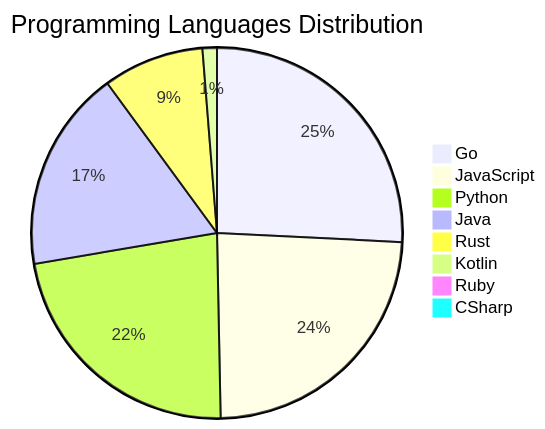
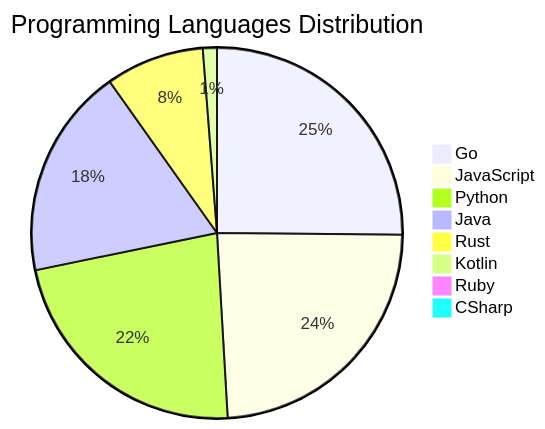
One commit to Derrick-MUGISHA/github-activity-bot changed the diagram in README.md. Above: the diagram before and after it, drawn with Mermaid. The commit also changed other lines of this file and 4 other files, not shown here.

````diff
--- a/README.md
+++ b/README.md
@@ -209,11 +209,11 @@
 ```mermaid
 pie title Programming Languages Distribution
     "Go" : 41
-    "JavaScript" : 38
-    "Python" : 36
-    "Java" : 28
+    "JavaScript" : 39
+    "Python" : 37
+    "Java" : 30
     "Rust" : 14
     "Kotlin" : 2
     "Ruby" : 1
     "CSharp" : 1
 ```
````
